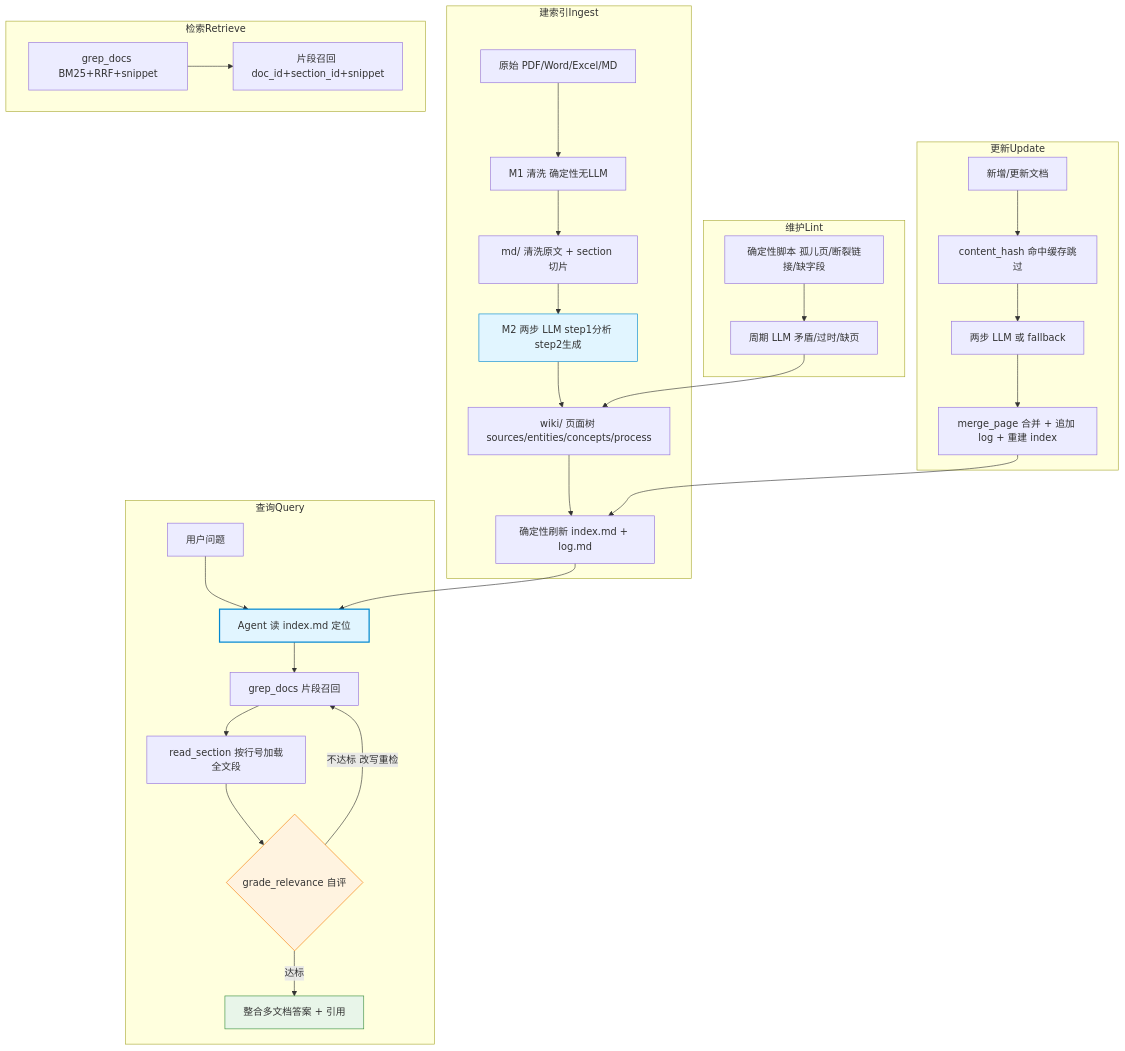
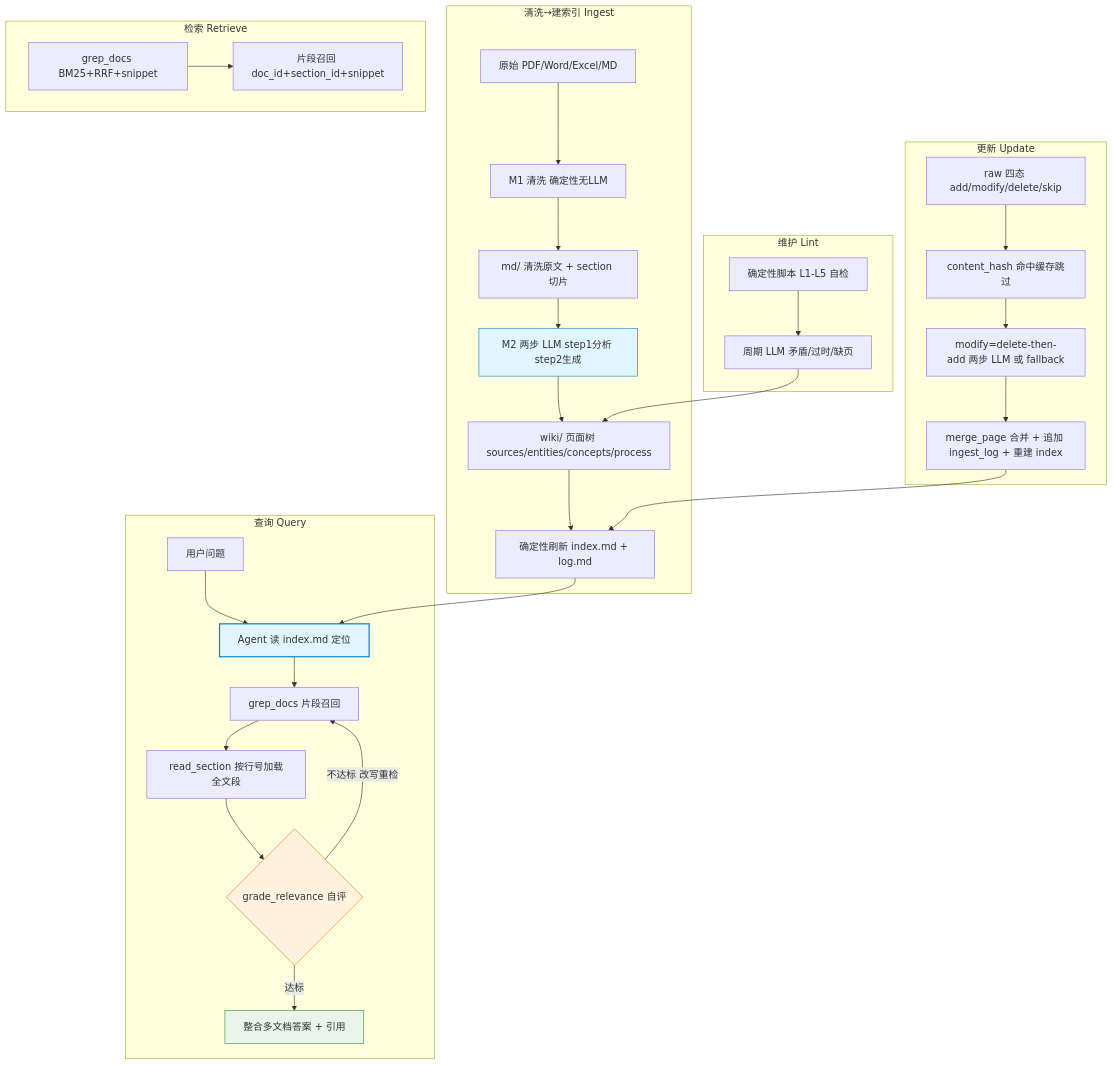
The sixth of 18 diagrams in docs/kb_retrieval_solutions.md (Laughingtt/kb-retrieval-sys), drawn with Mermaid before and after one commit. The commit also changed other lines of this file, not shown here.

````diff
--- a/docs/kb_retrieval_solutions.md
+++ b/docs/kb_retrieval_solutions.md
@@ -191,37 +225,37 @@
 ```mermaid
 flowchart TD
-    subgraph 建索引Ingest
+    subgraph S1 [清洗→建索引 Ingest]
         I1[原始 PDF/Word/Excel/MD] --> I2[M1 清洗 确定性无LLM]
         I2 --> I3[md/ 清洗原文 + section 切片]
         I3 --> I4[M2 两步 LLM step1分析 step2生成]
         I4 --> I5[wiki/ 页面树 sources/entities/concepts/process]
         I5 --> I6[确定性刷新 index.md + log.md]
     end
-    subgraph 检索Retrieve
+    subgraph S2 [检索 Retrieve]
         R1[grep_docs BM25+RRF+snippet] --> R2[片段召回 doc_id+section_id+snippet]
     end
-    subgraph 更新Update
-        U1[新增/更新文档] --> U2[content_hash 命中缓存跳过]
-        U2 --> U3[两步 LLM 或 fallback]
-        U3 --> U4[merge_page 合并 + 追加 log + 重建 index]
+    subgraph S3 [更新 Update]
+        U1[raw 四态 add/modify/delete/skip] --> U2[content_hash 命中缓存跳过]
+        U2 --> U3[modify=delete-then-add 两步 LLM 或 fallback]
+        U3 --> U4[merge_page 合并 + 追加 ingest_log + 重建 index]
     end
-    subgraph 维护Lint
-        L1[确定性脚本 孤儿页/断裂链接/缺字段] --> L2[周期 LLM 矛盾/过时/缺页]
+    subgraph S4 [维护 Lint]
+        L1[确定性脚本 L1-L5 自检] --> L2[周期 LLM 矛盾/过时/缺页]
     end
-    subgraph 查询Query
+    subgraph S5 [查询 Query]
         Q1[用户问题] --> Q2[Agent 读 index.md 定位]
         Q2 --> Q3[grep_docs 片段召回]
         Q3 --> Q4[read_section 按行号加载全文段]
         Q4 --> Q5{grade_relevance 自评}
         Q5 -->|不达标 改写重检| Q3
         Q5 -->|达标| Q6[整合多文档答案 + 引用]
     end
     I6 --> Q2
     U4 --> I6
     L2 --> I5
 
     style I4 fill:#e1f5ff,stroke:#0288d1
     style Q2 fill:#e1f5ff,stroke:#0288d1,stroke-width:2px
     style Q5 fill:#fff3e0,stroke:#f57c00
     style Q6 fill:#e8f5e9,stroke:#388e3c
 ```
````
